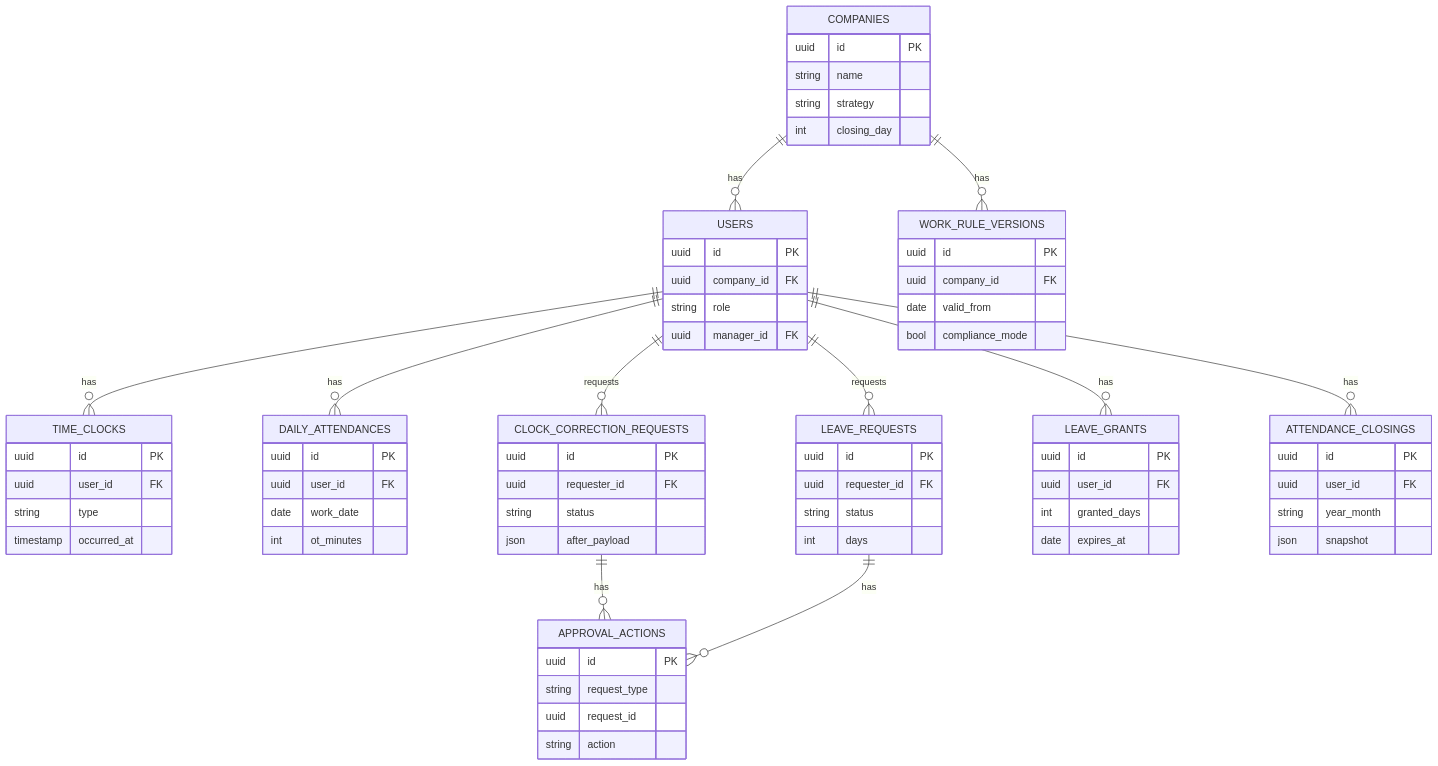
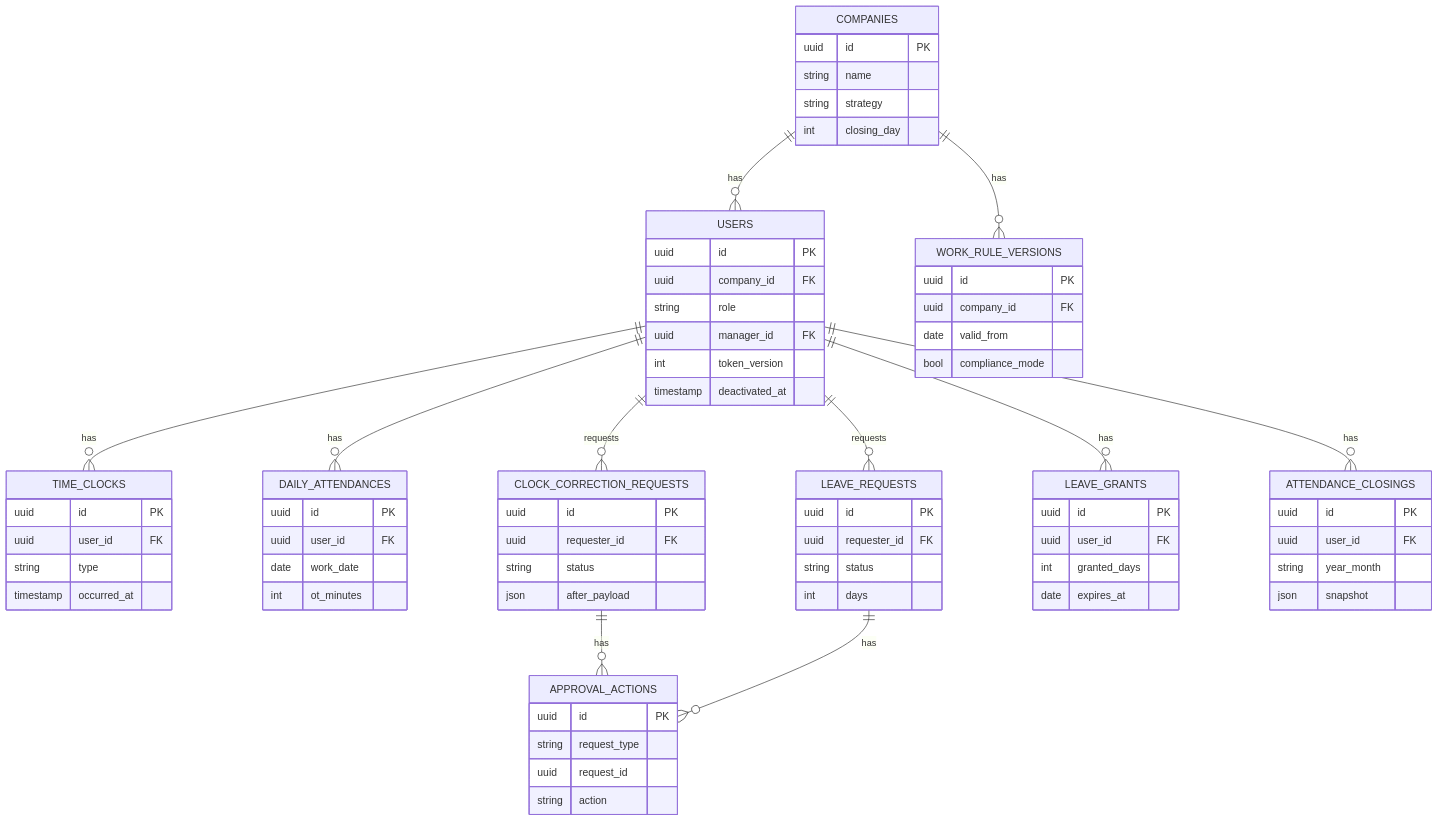
One commit to y0913/attendance-management-system changed the diagram in README.md. Above: the diagram before and after it, drawn with Mermaid. The commit also changed other lines of this file, not shown here.

````diff
--- a/README.md
+++ b/README.md
@@ -96,74 +125,76 @@
 ```mermaid
 erDiagram
   COMPANIES ||--o{ USERS : has
   COMPANIES ||--o{ WORK_RULE_VERSIONS : has
   USERS ||--o{ TIME_CLOCKS : has
   USERS ||--o{ DAILY_ATTENDANCES : has
   USERS ||--o{ CLOCK_CORRECTION_REQUESTS : requests
   USERS ||--o{ LEAVE_REQUESTS : requests
   USERS ||--o{ LEAVE_GRANTS : has
   USERS ||--o{ ATTENDANCE_CLOSINGS : has
   CLOCK_CORRECTION_REQUESTS ||--o{ APPROVAL_ACTIONS : has
   LEAVE_REQUESTS ||--o{ APPROVAL_ACTIONS : has
 
   COMPANIES {
     uuid id PK
     string name
     string strategy
     int closing_day
   }
   USERS {
     uuid id PK
     uuid company_id FK
     string role
     uuid manager_id FK
+    int token_version
+    timestamp deactivated_at
   }
   WORK_RULE_VERSIONS {
     uuid id PK
     uuid company_id FK
     date valid_from
     bool compliance_mode
   }
   TIME_CLOCKS {
     uuid id PK
     uuid user_id FK
     string type
     timestamp occurred_at
   }
   DAILY_ATTENDANCES {
     uuid id PK
     uuid user_id FK
     date work_date
     int ot_minutes
   }
   CLOCK_CORRECTION_REQUESTS {
     uuid id PK
     uuid requester_id FK
     string status
     json after_payload
   }
   LEAVE_REQUESTS {
     uuid id PK
     uuid requester_id FK
     string status
     int days
   }
   APPROVAL_ACTIONS {
     uuid id PK
     string request_type
     uuid request_id
     string action
   }
   LEAVE_GRANTS {
     uuid id PK
     uuid user_id FK
     int granted_days
     date expires_at
   }
   ATTENDANCE_CLOSINGS {
     uuid id PK
     uuid user_id FK
     string year_month
     json snapshot
   }
 ```
````
